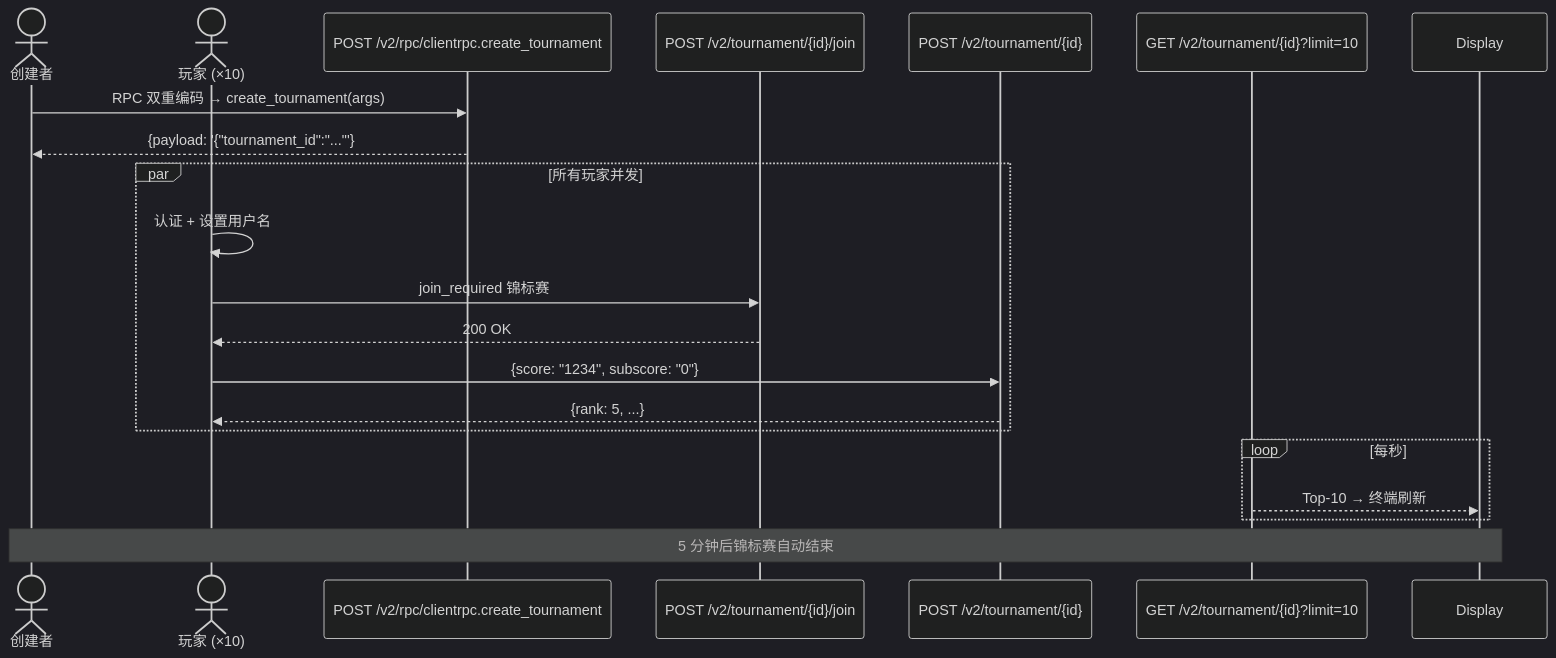
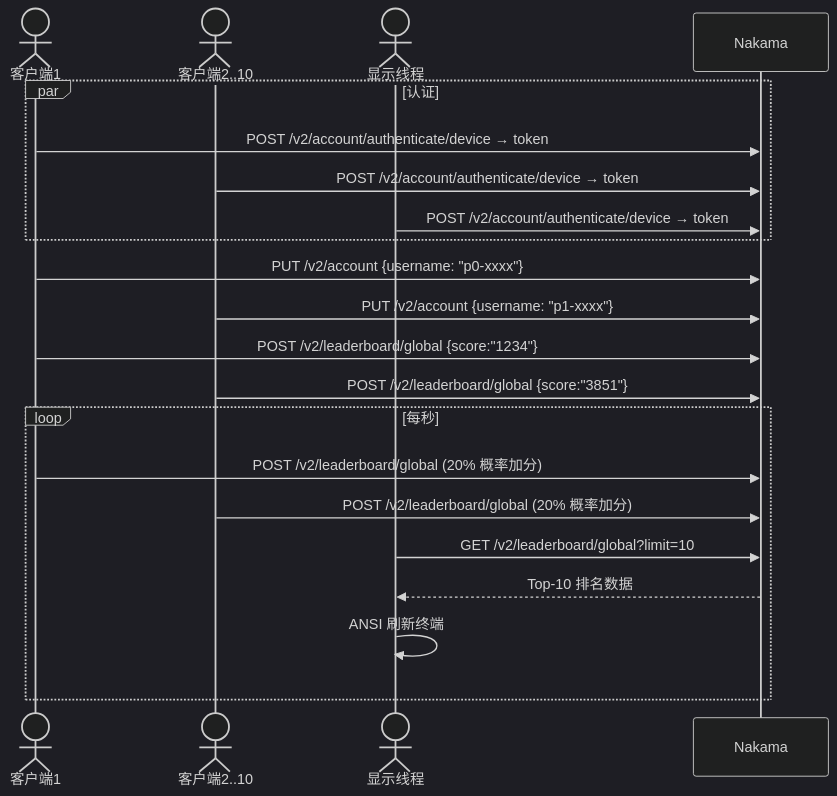
One commit to kindywu/nakama changed the second of 5 diagrams in docs/examples.md. Above: the diagram before and after it, drawn with Mermaid (dark theme). The commit also changed other lines of this file, not shown here.

````diff
--- a/docs/examples.md
+++ b/docs/examples.md
@@ -252,26 +304,27 @@
 ```mermaid
 sequenceDiagram
-    actor Creator as 创建者
-    actor Player as 玩家 (×10)
-    participant RPC as POST /v2/rpc/clientrpc.create_tournament
-    participant Join as POST /v2/tournament/{id}/join
-    participant Write as POST /v2/tournament/{id}
-    participant Poll as GET /v2/tournament/{id}?limit=10
+    actor C1 as 客户端1
+    actor C2 as 客户端2..10
+    actor Display as 显示线程
+    participant Nakama
 
-    Creator->>RPC: RPC 双重编码 → create_tournament(args)
-    RPC-->>Creator: {payload: '{"tournament_id":"..."'}
-
-    par 所有玩家并发
-        Player->>Player: 认证 + 设置用户名
-        Player->>Join: join_required 锦标赛
-        Join-->>Player: 200 OK
-        Player->>Write: {score: "1234", subscore: "0"}
-        Write-->>Player: {rank: 5, ...}
+    par 认证
+        C1->>Nakama: POST /v2/account/authenticate/device → token
+        C2->>Nakama: POST /v2/account/authenticate/device → token
+        Display->>Nakama: POST /v2/account/authenticate/device → token
     end
 
+    C1->>Nakama: PUT /v2/account {username: "p0-xxxx"}
+    C2->>Nakama: PUT /v2/account {username: "p1-xxxx"}
+
+    C1->>Nakama: POST /v2/leaderboard/global {score:"1234"}
+    C2->>Nakama: POST /v2/leaderboard/global {score:"3851"}
+
     loop 每秒
-        Poll-->>Display: Top-10 → 终端刷新
+        C1->>Nakama: POST /v2/leaderboard/global (20% 概率加分)
+        C2->>Nakama: POST /v2/leaderboard/global (20% 概率加分)
+        Display->>Nakama: GET /v2/leaderboard/global?limit=10
+        Nakama-->>Display: Top-10 排名数据
+        Display->>Display: ANSI 刷新终端
     end
-
-    Note over Creator,Display: 5 分钟后锦标赛自动结束
 ```
````
